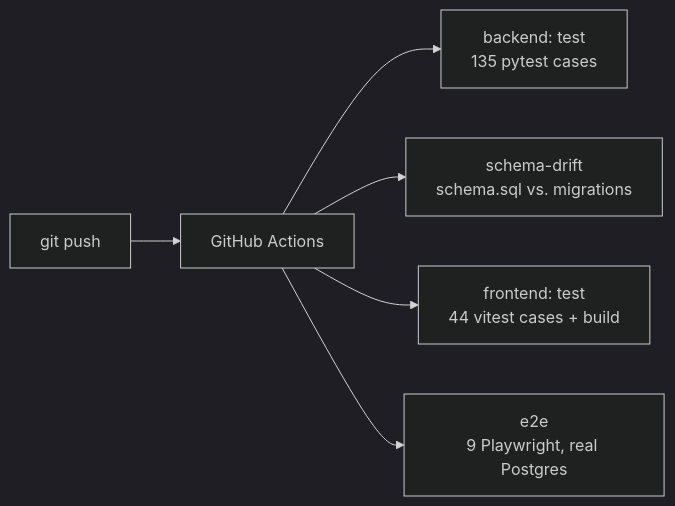
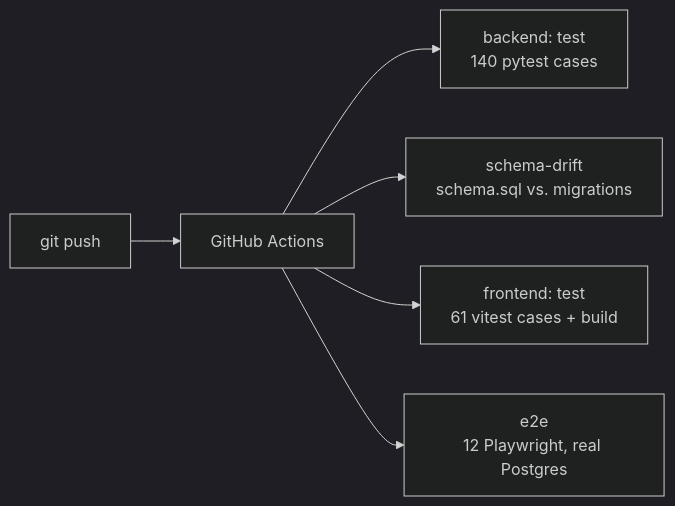
Before and after one commit to privlin-lgtm/fintech-operations-dashboard: the second of 2 diagrams in CASE_STUDY.md, drawn with Mermaid (dark theme). The commit also changed other lines of this file and 32 other files, not shown here.

````diff
--- a/CASE_STUDY.md
+++ b/CASE_STUDY.md
@@ -66,8 +66,8 @@
 ```mermaid
 flowchart LR
     Push["git push"] --> CI["GitHub Actions"]
-    CI --> T1["backend: test<br/>135 pytest cases"]
+    CI --> T1["backend: test<br/>140 pytest cases"]
     CI --> T2["schema-drift<br/>schema.sql vs. migrations"]
-    CI --> T3["frontend: test<br/>44 vitest cases + build"]
-    CI --> T4["e2e<br/>9 Playwright, real Postgres"]
+    CI --> T3["frontend: test<br/>61 vitest cases + build"]
+    CI --> T4["e2e<br/>12 Playwright, real Postgres"]
 ```
````
